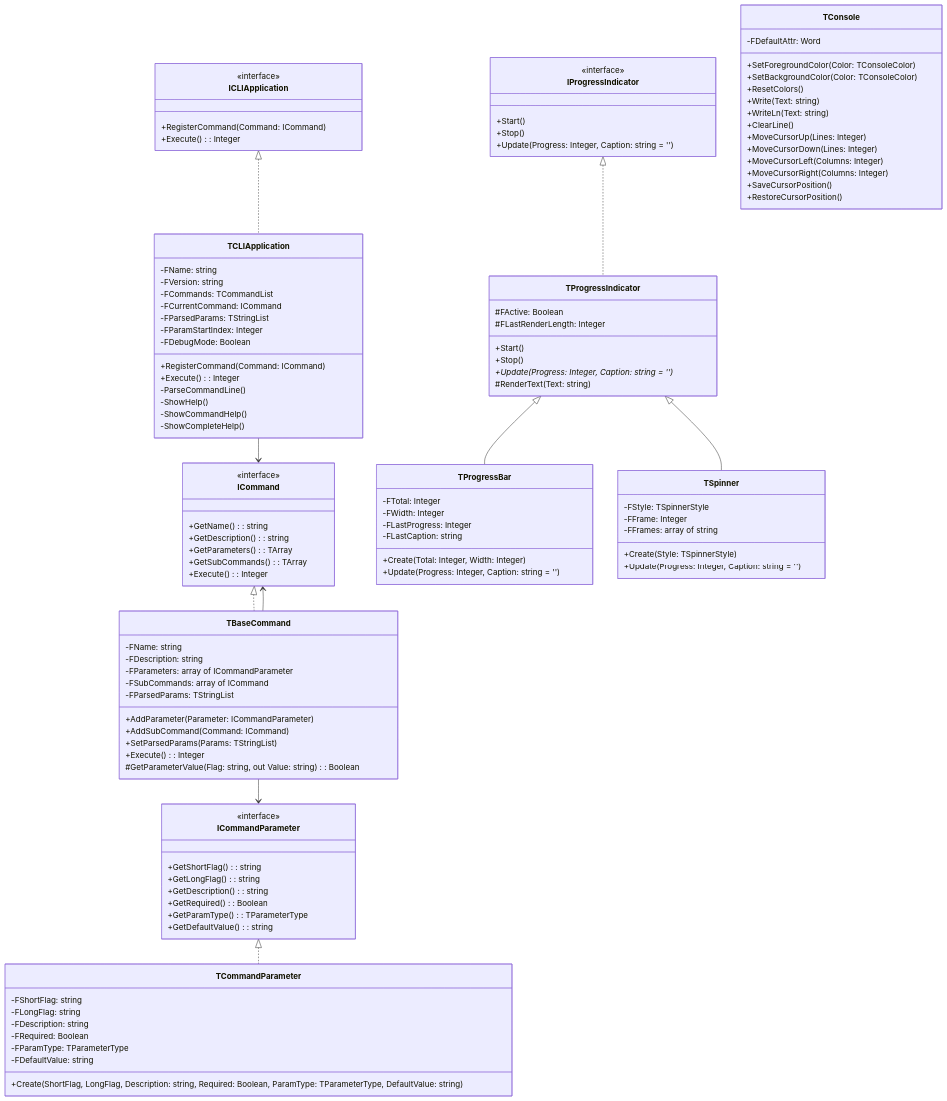
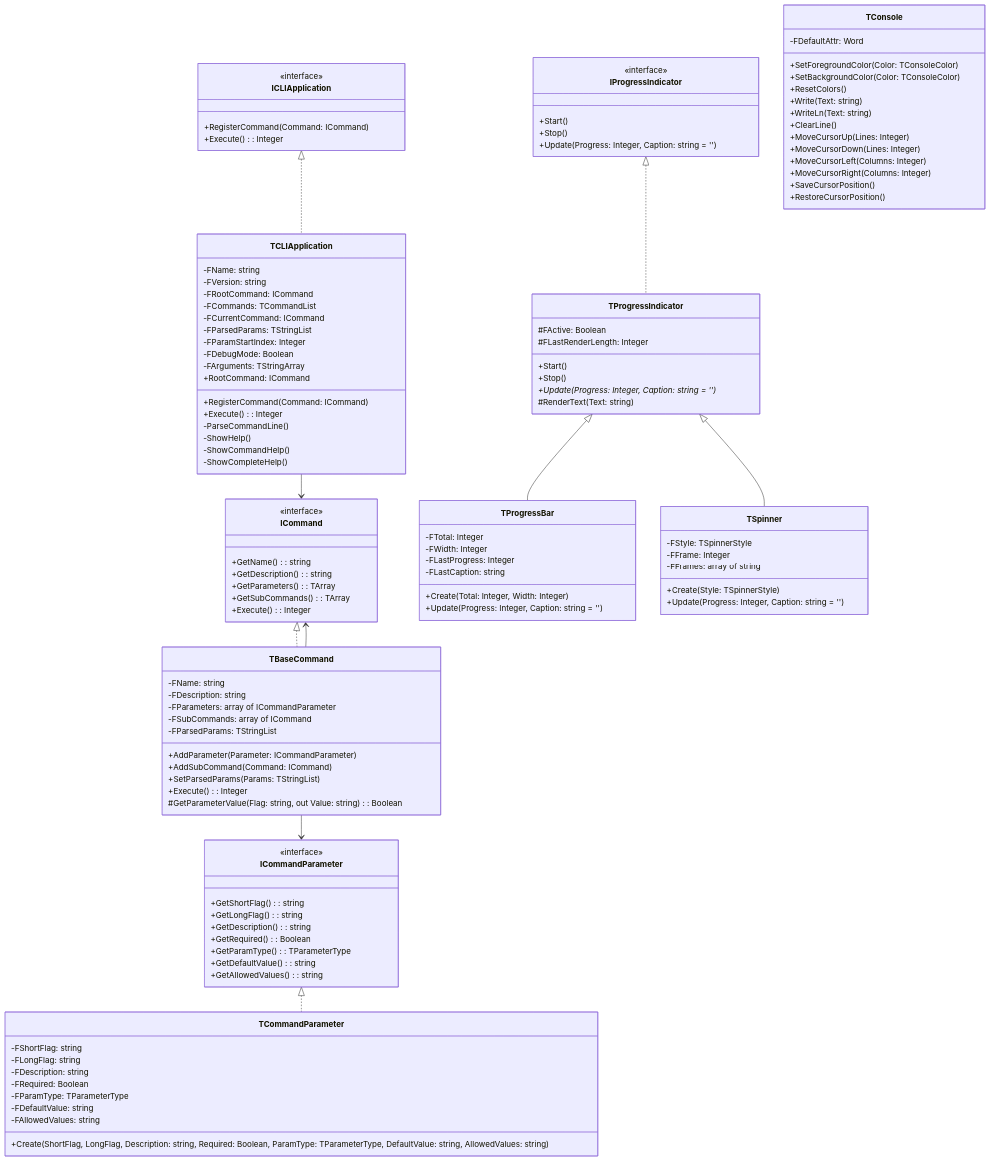
The diagram in docs/technical-docs.md (ikelaiah/cli-fp), drawn with Mermaid before and after one commit. The commit also changed other lines of this file and 26 other files, not shown here.

```diff
--- a/docs/technical-docs.md
+++ b/docs/technical-docs.md
@@ -29,6 +29,7 @@
         +GetRequired(): Boolean
         +GetParamType(): TParameterType
         +GetDefaultValue(): string
+        +GetAllowedValues(): string
     }
     
     class IProgressIndicator {
@@ -41,13 +42,16 @@
     class TCLIApplication {
         -FName: string
         -FVersion: string
+        -FRootCommand: ICommand
         -FCommands: TCommandList
         -FCurrentCommand: ICommand
         -FParsedParams: TStringList
         -FParamStartIndex: Integer
         -FDebugMode: Boolean
+        -FArguments: TStringArray
         +RegisterCommand(Command: ICommand)
         +Execute(): Integer
+        +RootCommand: ICommand
         -ParseCommandLine()
         -ShowHelp()
         -ShowCommandHelp()
@@ -74,7 +78,8 @@
         -FRequired: Boolean
         -FParamType: TParameterType
         -FDefaultValue: string
-        +Create(ShortFlag, LongFlag, Description: string, Required: Boolean, ParamType: TParameterType, DefaultValue: string)
+        -FAllowedValues: string
+        +Create(ShortFlag, LongFlag, Description: string, Required: Boolean, ParamType: TParameterType, DefaultValue: string, AllowedValues: string)
     }
     
     class TProgressIndicator {
```
